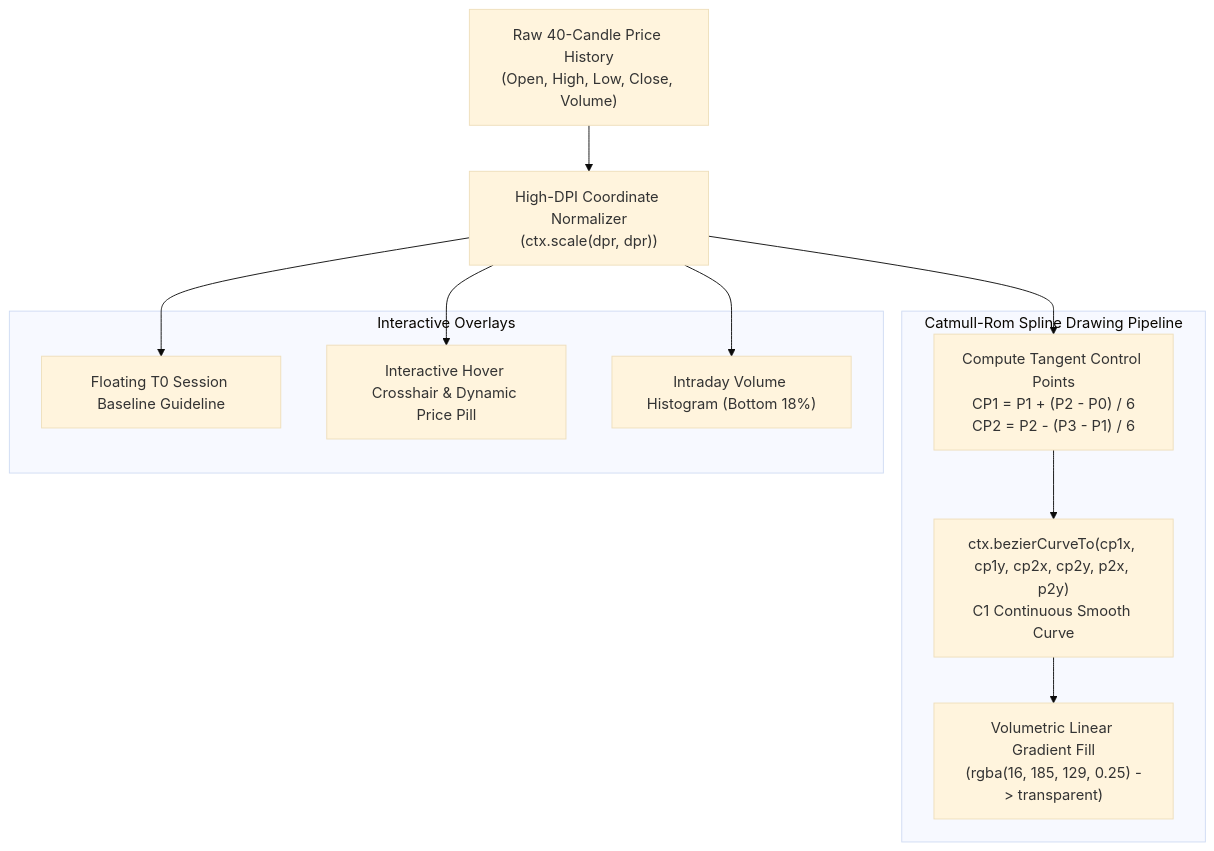
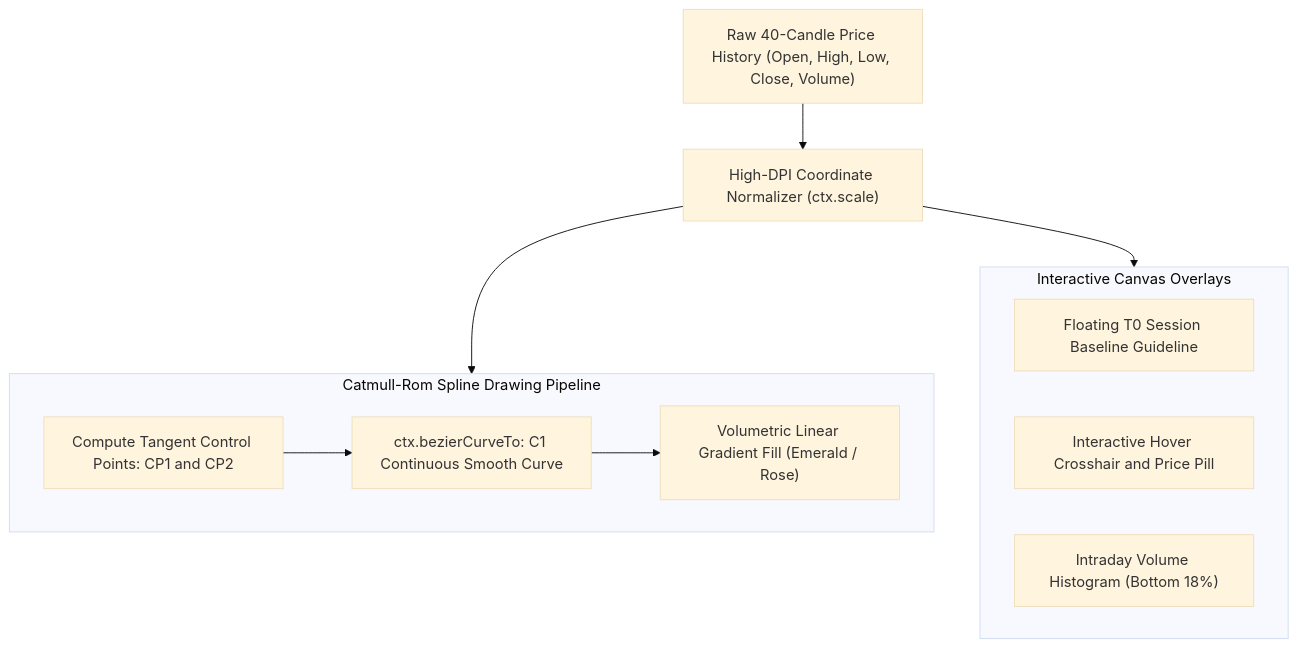
The sixth of 8 diagrams in ARCHITECTURE.md (Khushi1310-nayak/PulseMark), drawn with Mermaid (base theme) before and after one commit. The commit also changed other lines of this file, not shown here.

Commit message:
fix(docs): resolve GitHub Mermaid diagram syntax errors and replace gantt with flowchart

````diff
--- a/ARCHITECTURE.md
+++ b/ARCHITECTURE.md
@@ -290,21 +290,22 @@
 ```mermaid
 flowchart TD
-    Data["Raw 40-Candle Price History\n(Open, High, Low, Close, Volume)"]
-    Retina["High-DPI Coordinate Normalizer\n(ctx.scale(dpr, dpr))"]
+    Data["Raw 40-Candle Price History (Open, High, Low, Close, Volume)"]
+    Retina["High-DPI Coordinate Normalizer (ctx.scale)"]
     
-    subgraph SplinePipeline["Catmull-Rom Spline Drawing Pipeline"]
-        CP["Compute Tangent Control Points\nCP1 = P1 + (P2 - P0) / 6\nCP2 = P2 - (P3 - P1) / 6"]
-        Curve["ctx.bezierCurveTo(cp1x, cp1y, cp2x, cp2y, p2x, p2y)\nC1 Continuous Smooth Curve"]
-        Grad["Volumetric Linear Gradient Fill\n(rgba(16, 185, 129, 0.25) -> transparent)"]
+    subgraph SplinePipeline ["Catmull-Rom Spline Drawing Pipeline"]
+        CP["Compute Tangent Control Points: CP1 and CP2"]
+        Curve["ctx.bezierCurveTo: C1 Continuous Smooth Curve"]
+        Grad["Volumetric Linear Gradient Fill (Emerald / Rose)"]
+        CP --> Curve --> Grad
     end
 
-    subgraph OverlayPipeline["Interactive Overlays"]
+    subgraph OverlayPipeline ["Interactive Canvas Overlays"]
         Guideline["Floating T0 Session Baseline Guideline"]
-        Crosshair["Interactive Hover Crosshair & Dynamic Price Pill"]
+        Crosshair["Interactive Hover Crosshair and Price Pill"]
         VolumeHist["Intraday Volume Histogram (Bottom 18%)"]
     end
 
     Data --> Retina
-    Retina --> CP --> Curve --> Grad
-    Retina --> Guideline & Crosshair & VolumeHist
+    Retina --> SplinePipeline
+    Retina --> OverlayPipeline
 ```
````
